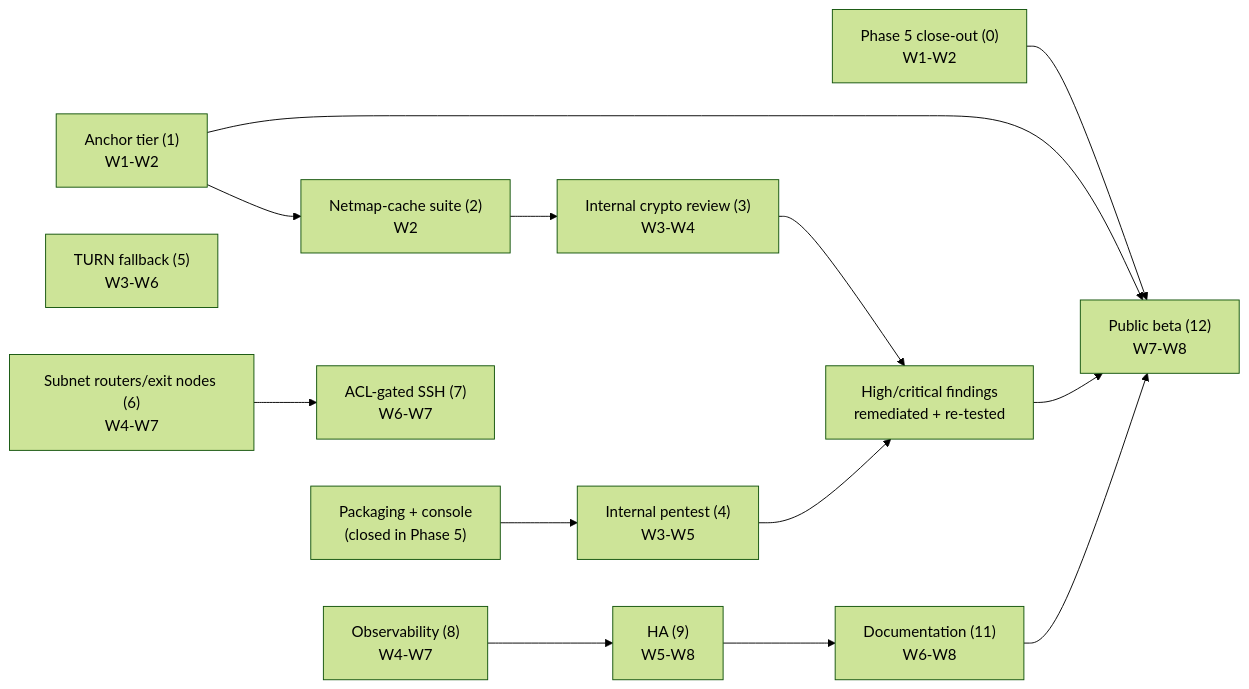
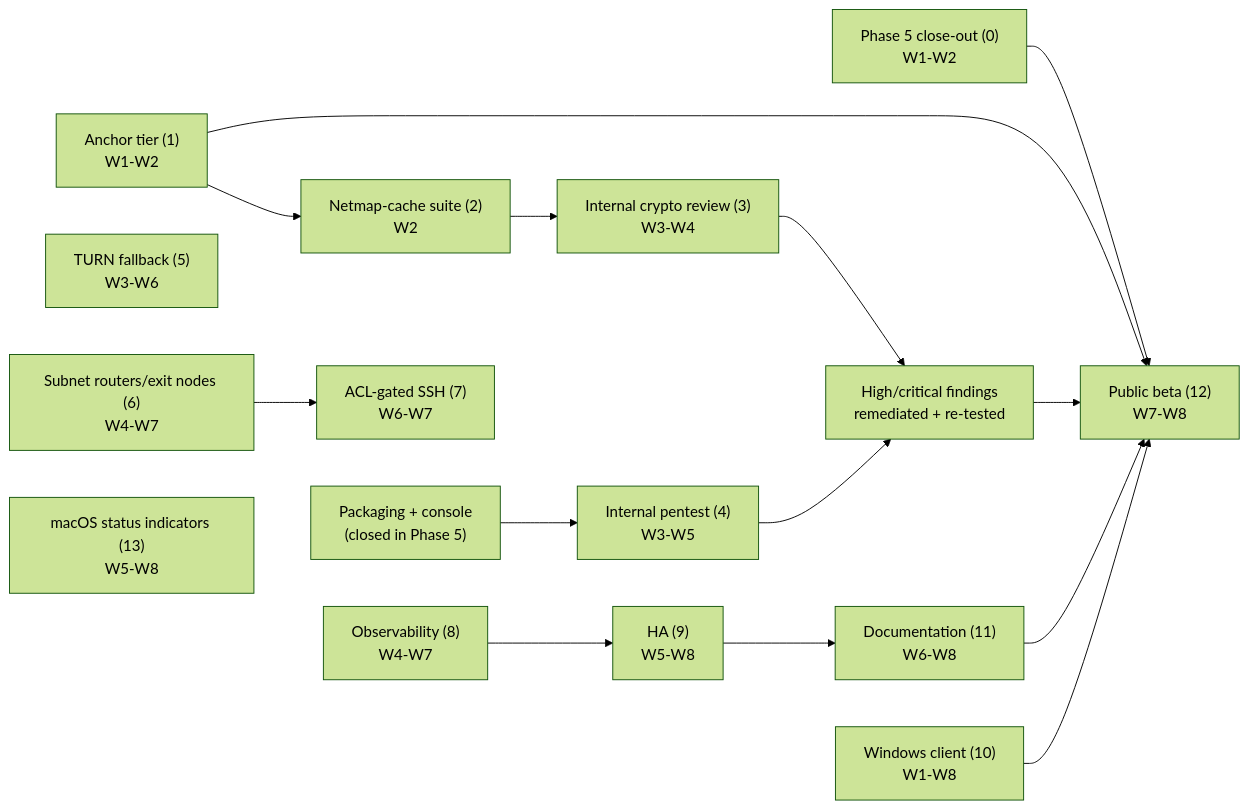
One commit to karst-net/karst changed the diagram in plans/phase-6/00-overview.md. Above: the diagram before and after it, drawn with Mermaid (forest theme). The commit also changed other lines of this file and 5 other files, not shown here.

First line of the commit message:
plans: pull Windows client into Phase 6 as a firm beta requirement

````diff
--- a/plans/phase-6/00-overview.md
+++ b/plans/phase-6/00-overview.md
@@ -102,19 +108,23 @@
 ```mermaid
 flowchart LR
     Carry["Phase 5 close-out (0)<br/>W1-W2"] --> Beta
 
     Anchor["Anchor tier (1)<br/>W1-W2"] --> Cache["Netmap-cache suite (2)<br/>W2"]
     Cache --> Review["Internal crypto review (3)<br/>W3-W4"]
     Anchor --> Beta["Public beta (12)<br/>W7-W8"]
 
     Packaging["Packaging + console<br/>(closed in Phase 5)"] --> Pentest["Internal pentest (4)<br/>W3-W5"]
     Review --> Findings["High/critical findings<br/>remediated + re-tested"]
     Pentest --> Findings
     Findings --> Beta
 
     TURN["TURN fallback (5)<br/>W3-W6"]
     Subnet["Subnet routers/exit nodes (6)<br/>W4-W7"] --> SSH["ACL-gated SSH (7)<br/>W6-W7"]
     Obs["Observability (8)<br/>W4-W7"] --> HA["HA (9)<br/>W5-W8"]
     HA --> Docs["Documentation (11)<br/>W6-W8"]
     Docs --> Beta
+
+    Windows["Windows client (10)<br/>W1-W8"] --> Beta
+
+    MacIndicators["macOS status indicators (13)<br/>W5-W8"]
 ```
````
